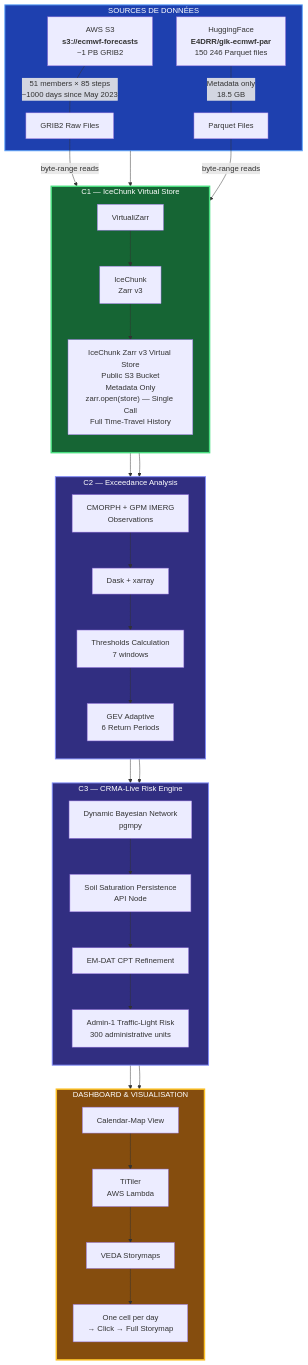
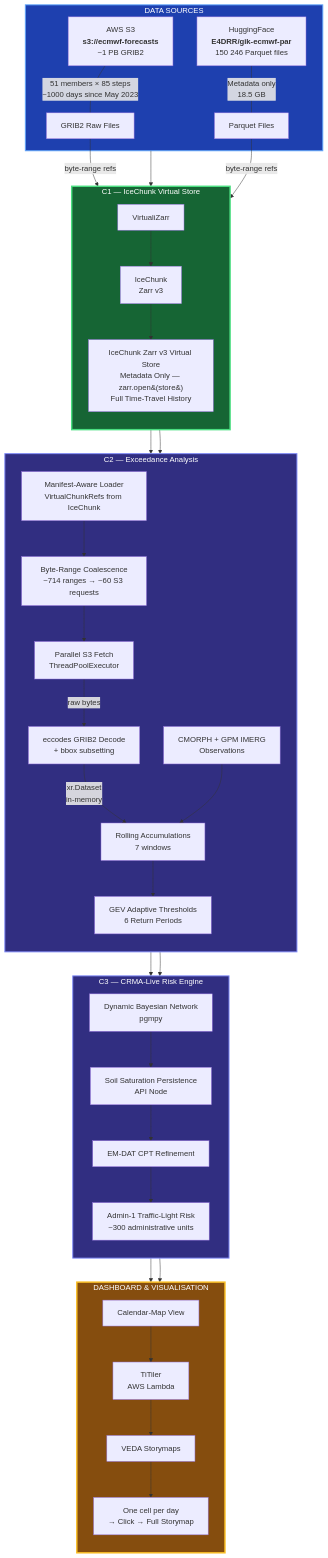
Before and after one commit to hashirama21/gik-icechain: the diagram in README.md, drawn with Mermaid. The commit also changed other lines of this file, not shown here.

First line of the commit message:
docs: update README architecture diagram and innovations table

````diff
--- a/README.md
+++ b/README.md
@@ -53,10 +53,10 @@
 ```mermaid
 flowchart TD
     %% ==================== SOURCES ====================
-    subgraph Sources["SOURCES DE DONNÉES"]
+    subgraph Sources["DATA SOURCES"]
         S3[AWS S3<br/><b>s3://ecmwf-forecasts</b><br/>~1 PB GRIB2]
         HF[HuggingFace<br/><b>E4DRR/gik-ecmwf-par</b><br/>150 246 Parquet files]
-        
+
         S3 ---|"51 members × 85 steps<br/>~1000 days since May 2023"| GRIB[GRIB2 Raw Files]
         HF ---|"Metadata only<br/>18.5 GB"| Parquet[Parquet Files]
     end
@@ -64,11 +64,11 @@
     %% ==================== C1 : VIRTUAL STORE ====================
     subgraph C1["C1 — IceChunk Virtual Store"]
         direction TB
-        VZ[VirtualiZarr] 
+        VZ[VirtualiZarr]
         IC[IceChunk<br/>Zarr v3]
-        Store["IceChunk Zarr v3 Virtual Store<br/>Public S3 Bucket<br/>Metadata Only<br/>zarr.open(store) — Single Call<br/>Full Time-Travel History"]
-        
-        GRIB & Parquet -->|"byte-range reads"| VZ
+        Store["IceChunk Zarr v3 Virtual Store<br/>Metadata Only — zarr.open&#40;store&#41;<br/>Full Time-Travel History"]
+
+        GRIB & Parquet -->|"byte-range refs"| VZ
         VZ --> IC
         IC --> Store
     end
@@ -76,14 +76,20 @@
     %% ==================== C2 : EXCEEDANCE ====================
     subgraph C2["C2 — Exceedance Analysis"]
         direction TB
-        Dask[Dask + xarray]
+        Manifest["Manifest-Aware Loader<br/>VirtualChunkRefs from IceChunk"]
+        Coalesce["Byte-Range Coalescence<br/>~714 ranges → ~60 S3 requests"]
+        Fetch["Parallel S3 Fetch<br/>ThreadPoolExecutor"]
+        Decode["eccodes GRIB2 Decode<br/>+ bbox subsetting"]
         CMORPH[CMORPH + GPM IMERG<br/>Observations]
-        Thresholds[Thresholds Calculation<br/>7 windows]
-        GEV[GEV Adaptive<br/>6 Return Periods]
-        
-        Store --> Dask
-        CMORPH --> Dask
-        Dask --> Thresholds
+        Thresholds[Rolling Accumulations<br/>7 windows]
+        GEV[GEV Adaptive Thresholds<br/>6 Return Periods]
+
+        Store --> Manifest
+        Manifest --> Coalesce
+        Coalesce --> Fetch
+        Fetch -->|"raw bytes"| Decode
+        Decode -->|"xr.Dataset<br/>in-memory"| Thresholds
+        CMORPH --> Thresholds
         Thresholds --> GEV
     end
 
@@ -93,8 +99,8 @@
         DBN[Dynamic Bayesian Network<br/>pgmpy]
         Soil[Soil Saturation Persistence<br/>API Node]
         EMDAT[EM-DAT CPT Refinement]
-        Risk["Admin-1 Traffic-Light Risk<br/>300 administrative units"]
-        
+        Risk["Admin-1 Traffic-Light Risk<br/>~300 administrative units"]
+
         GEV --> DBN
         DBN --> Soil
         Soil --> EMDAT
@@ -108,14 +114,14 @@
         TiTiler[TiTiler<br/>AWS Lambda]
         Storymaps[VEDA Storymaps]
         Final["One cell per day<br/>→ Click → Full Storymap"]
-        
+
         Risk --> Calendar
         Calendar --> TiTiler
         TiTiler --> Storymaps
         Storymaps --> Final
     end
 
-    %% Flux principaux
+    %% Main flow
     Sources --> C1
     C1 --> C2
     C2 --> C3
````
